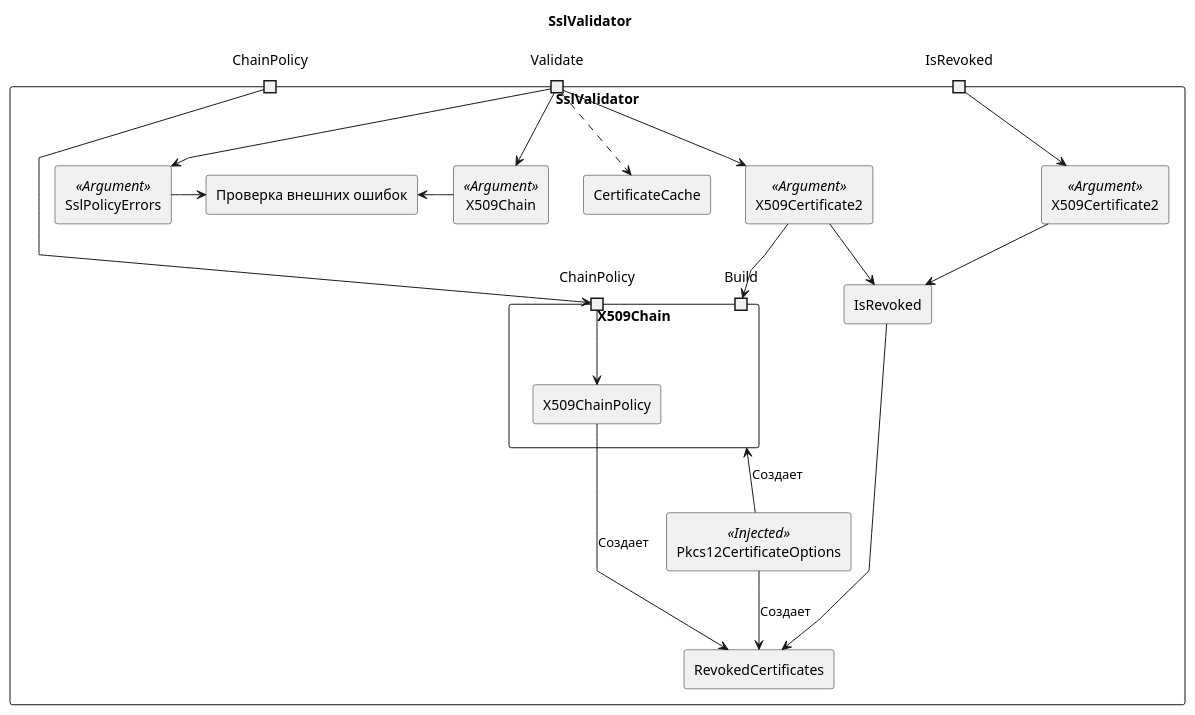
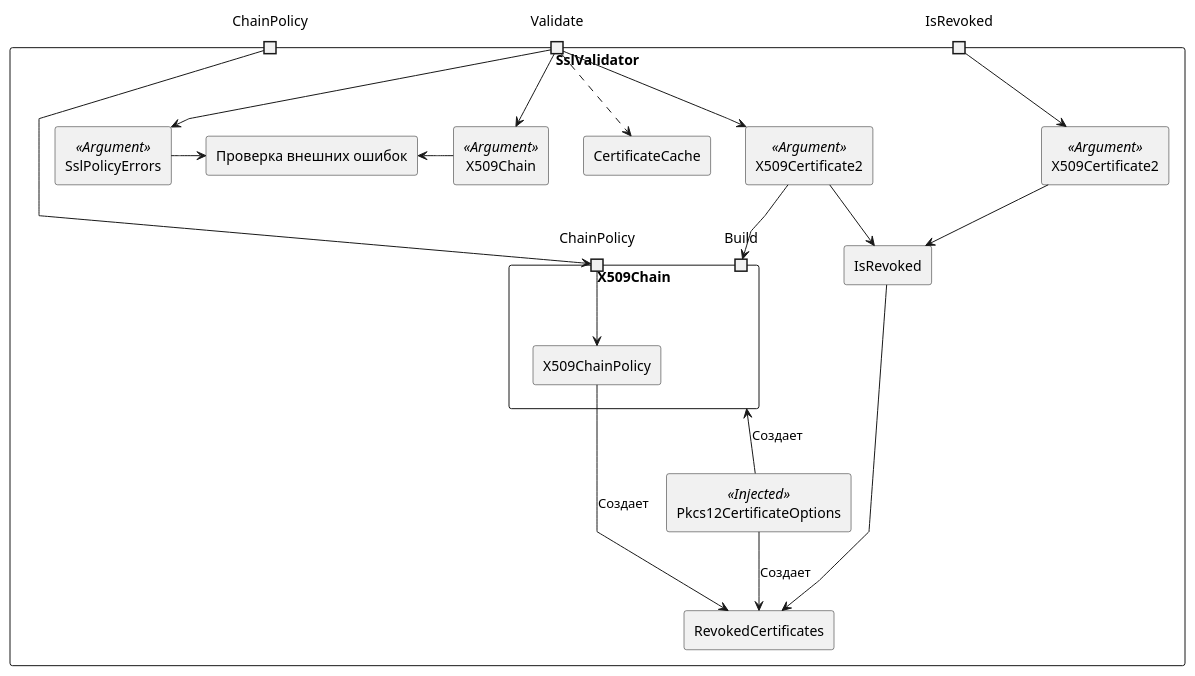
One commit to mrypdm/JobSystem changed the diagram in docs/diagrams/structure/Shared.Contract.puml. Above: the diagram before and after it, drawn with PlantUML. The commit also changed 8 other files, not shown here.

```diff
--- a/docs/diagrams/structure/Shared.Contract.puml
+++ b/docs/diagrams/structure/Shared.Contract.puml
@@ -1,52 +1,50 @@
 @startuml SslValidator
 skinparam componentStyle rectangle
 skinparam linetype polyline
-
-title SslValidator
 
 component SslValidator {
     component X509Chain  as _validationChain {
         portin ChainPolicy as ChainPolicy_port
         [X509ChainPolicy] as chain_Policy
         ChainPolicy_port --> chain_Policy
 
         portin Build as chain_Build_port
     }
 
     [RevokedCertificates]
     [CertificateCache]
 
     [Pkcs12CertificateOptions] << Injected >>
 
     [Проверка внешних ошибок] as checkExternalErrors
     [IsRevoked] as IsRevoked_method
 
     _validationChain <-- Pkcs12CertificateOptions : Создает
     Pkcs12CertificateOptions --> RevokedCertificates : Создает
     chain_Policy --> RevokedCertificates : Создает
 
     portin ChainPolicy
     ChainPolicy --> ChainPolicy_port
 
     portin Validate
     [X509Certificate2] << Argument >> as certForValidate
     [X509Chain] << Argument >> as chainForValidate
     [SslPolicyErrors] << Argument >> as externalErrors
     Validate ..> CertificateCache
     Validate --> certForValidate
     Validate --> chainForValidate
     Validate --> externalErrors
     certForValidate --> IsRevoked_method
     certForValidate --> chain_Build_port
     externalErrors -> checkExternalErrors
     chainForValidate -> checkExternalErrors
 
     portin IsRevoked
     [X509Certificate2] << Argument >> as certForRevoked
     IsRevoked --> certForRevoked
     certForRevoked --> IsRevoked_method
     IsRevoked_method --> RevokedCertificates
 
 }
 
 @enduml
```
